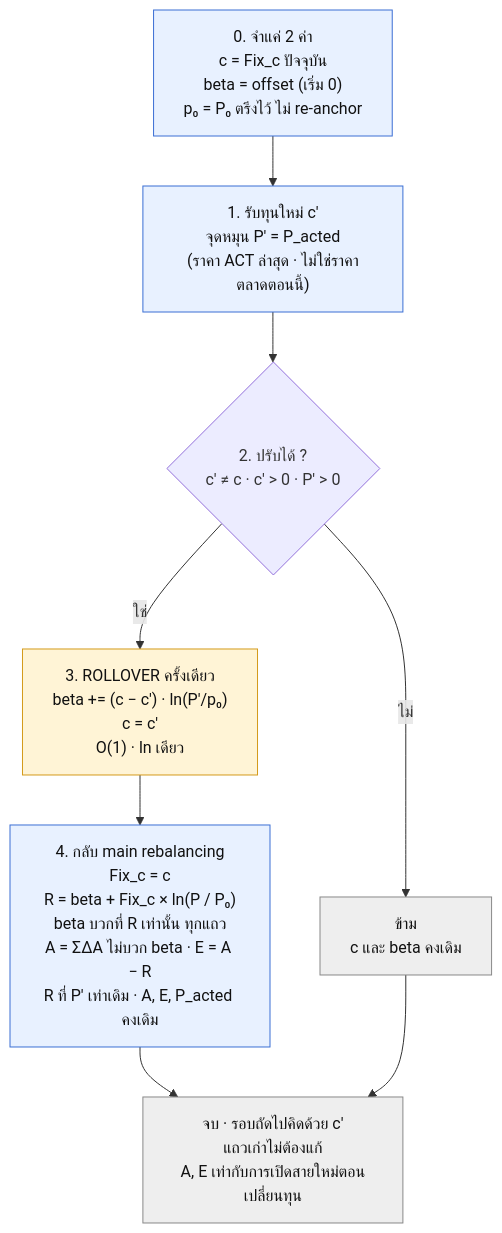
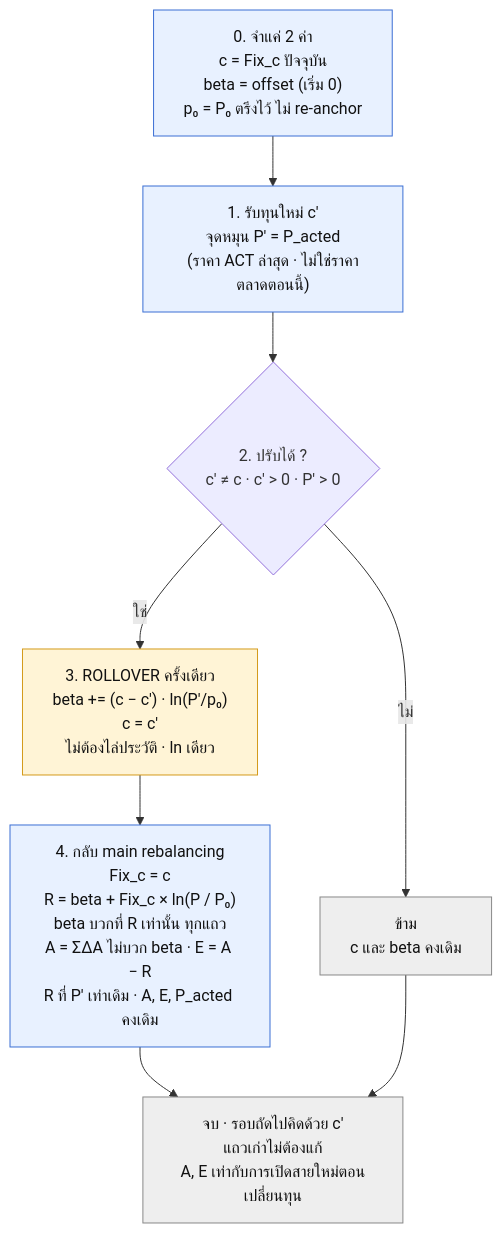
Before and after one commit to firstnattapon/streamlit_lego: the diagram in cheat_sheet/rollover.mmd, drawn with Mermaid. The commit also changed 2 other files, not shown here.

Commit message:
Cheat Sheet: say "ไม่ต้องไล่ประวัติ" instead of O(1) in the rollover step
"O(1)" is jargon on a cheat sheet. Step 3 now says in plain Thai what it meant: the update
does not walk through the earlier rows or rollovers, and it uses a single ln. The picture is
rendered again (rollover.a7edf6b0.png); nothing else in the diagram changes.

Claude-Session: https://claude.ai/code/session_01VhG7NJi6EperhfcAmeLSb2

```diff
--- a/cheat_sheet/rollover.mmd
+++ b/cheat_sheet/rollover.mmd
@@ -1,19 +1,19 @@
 flowchart TD
     S["0. จำแค่ 2 ค่า<br/>c = Fix_c ปัจจุบัน<br/>beta = offset (เริ่ม 0)<br/>p₀ = P₀ ตรึงไว้ ไม่ re-anchor"] --> A["1. รับทุนใหม่ c′<br/>จุดหมุน P′ = P_acted<br/>(ราคา ACT ล่าสุด · ไม่ใช่ราคาตลาดตอนนี้)"]
 
     A --> B{"2. ปรับได้ ?<br/>c′ ≠ c · c′ > 0 · P′ > 0"}
 
-    B -->|"ใช่"| C["3. ROLLOVER ครั้งเดียว<br/>beta += (c − c′) · ln(P′/p₀)<br/>c = c′<br/>O(1) · ln เดียว"]
+    B -->|"ใช่"| C["3. ROLLOVER ครั้งเดียว<br/>beta += (c − c′) · ln(P′/p₀)<br/>c = c′<br/>ไม่ต้องไล่ประวัติ · ln เดียว"]
     B -->|"ไม่"| SKIP["ข้าม<br/>c และ beta คงเดิม"]
 
     C --> D["4. กลับ main rebalancing<br/>Fix_c = c<br/>R = beta + Fix_c × ln(P / P₀)<br/>beta บวกที่ R เท่านั้น ทุกแถว<br/>A = ΣΔA ไม่บวก beta · E = A − R<br/>R ที่ P′ เท่าเดิม · A, E, P_acted คงเดิม"]
     D --> DONE["จบ · รอบถัดไปคิดด้วย c′<br/>แถวเก่าไม่ต้องแก้<br/>A, E เท่ากับการเปิดสายใหม่ตอนเปลี่ยนทุน"]
     SKIP --> DONE
 
     classDef calc fill:#e8f1ff,stroke:#3b6fd4,color:#111;
     classDef act fill:#fff4d6,stroke:#d49a1a,color:#111;
     classDef end_ fill:#eeeeee,stroke:#888,color:#111;
 
     class S,A,D calc;
     class C act;
     class SKIP,DONE end_;
```
